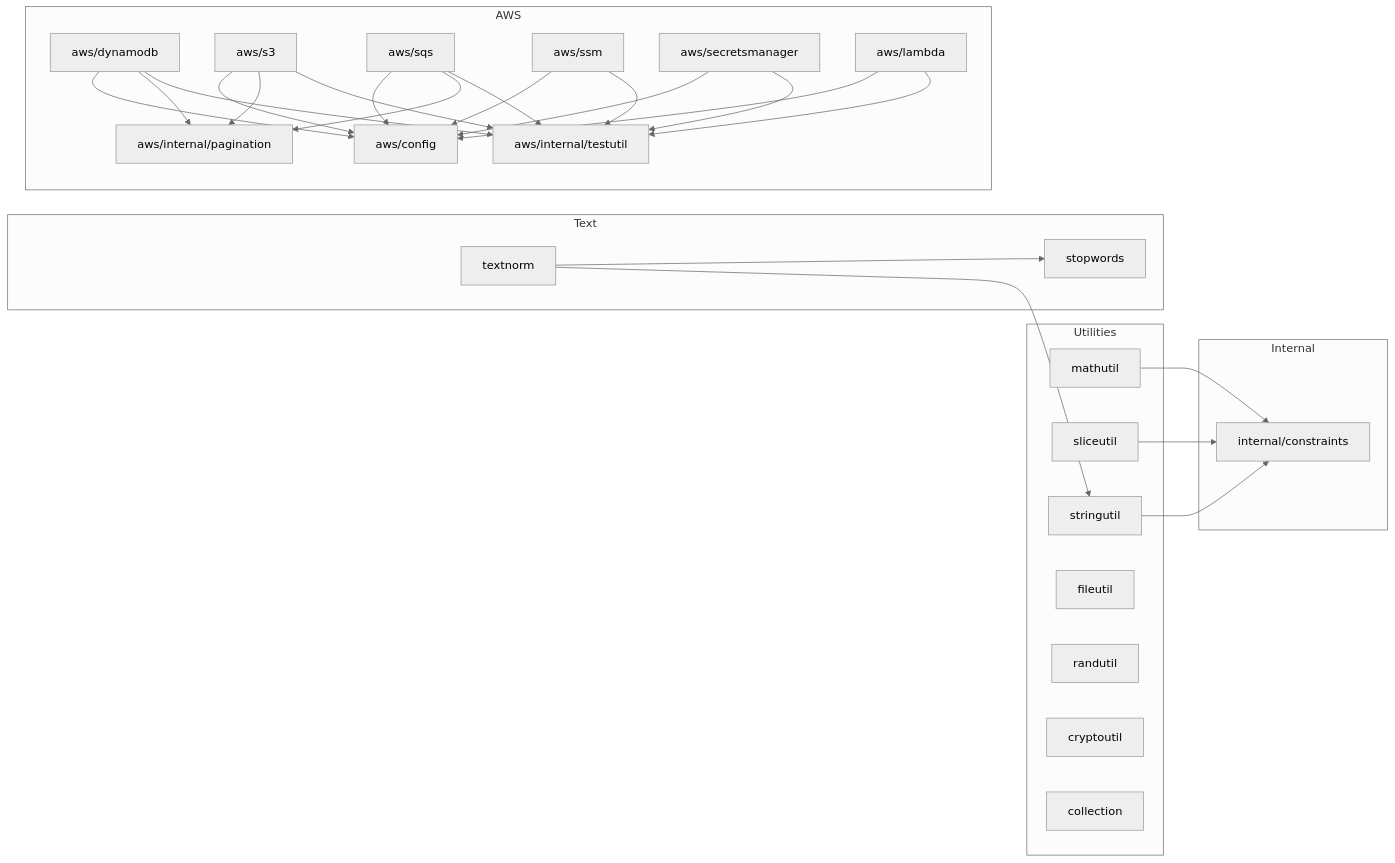
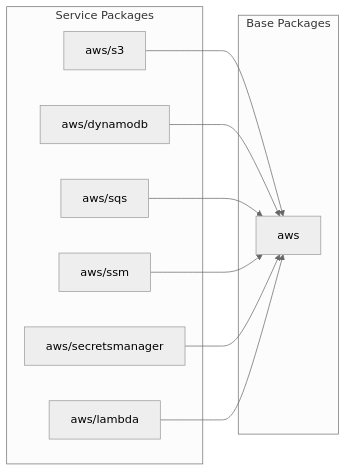
Before and after one commit to alessiosavi/GoGPUtils: the second of 2 diagrams in docs/index.md, drawn with Mermaid (neutral theme). The commit also changed other lines of this file and 9 other files, not shown here.

````diff
--- a/docs/index.md
+++ b/docs/index.md
@@ -75,54 +77,22 @@
 ```mermaid
 graph LR
-    subgraph Internal[Internal]
-        IC[internal/constraints]
+    subgraph Base["Base Packages"]
+        AC[aws]
     end
 
-    subgraph Utils[Utilities]
-        SL[sliceutil]
-        STR[stringutil]
-        MT[mathutil]
-        FL[fileutil]
-        RD[randutil]
-        CR[cryptoutil]
-        CL[collection]
-    end
-
-    subgraph TextProc[Text]
-        TX[textnorm]
-        SW2[stopwords]
-    end
-
-    subgraph AWS2[AWS]
-        AC[aws/config]
+    subgraph Services["Service Packages"]
         AS3[aws/s3]
         ADD[aws/dynamodb]
         ASQ[aws/sqs]
         ASM[aws/ssm]
         ASE[aws/secretsmanager]
         AL[aws/lambda]
-        AIP[aws/internal/pagination]
-        AIT[aws/internal/testutil]
     end
 
-    MT --> IC
-    SL --> IC
-    STR --> IC
-    TX --> STR
-    TX --> SW2
+    AS3 --> AC
     ADD --> AC
-    AS3 --> AC
     ASQ --> AC
     ASM --> AC
     ASE --> AC
     AL --> AC
-    AS3 --> AIP
-    ADD --> AIP
-    ASQ --> AIP
-    ADD --> AIT
-    AS3 --> AIT
-    ASE --> AIT
-    ASM --> AIT
-    ASQ --> AIT
-    AL --> AIT
 ```
````
